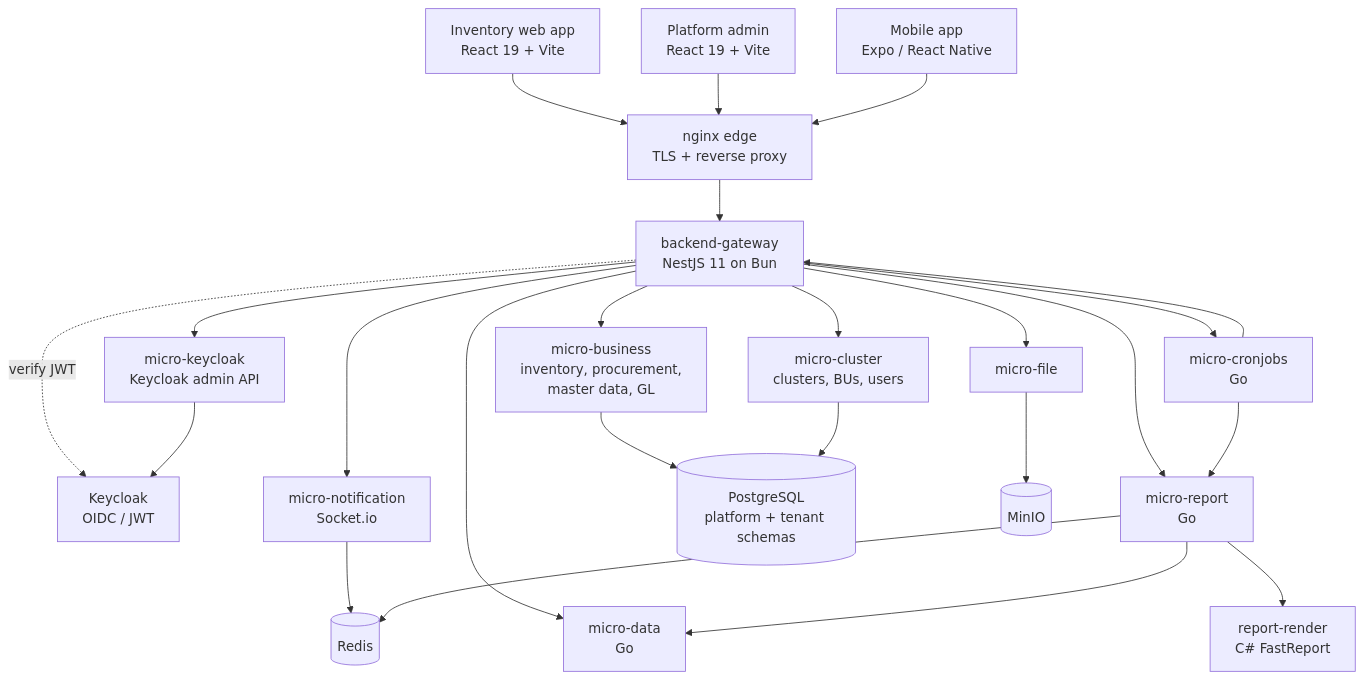
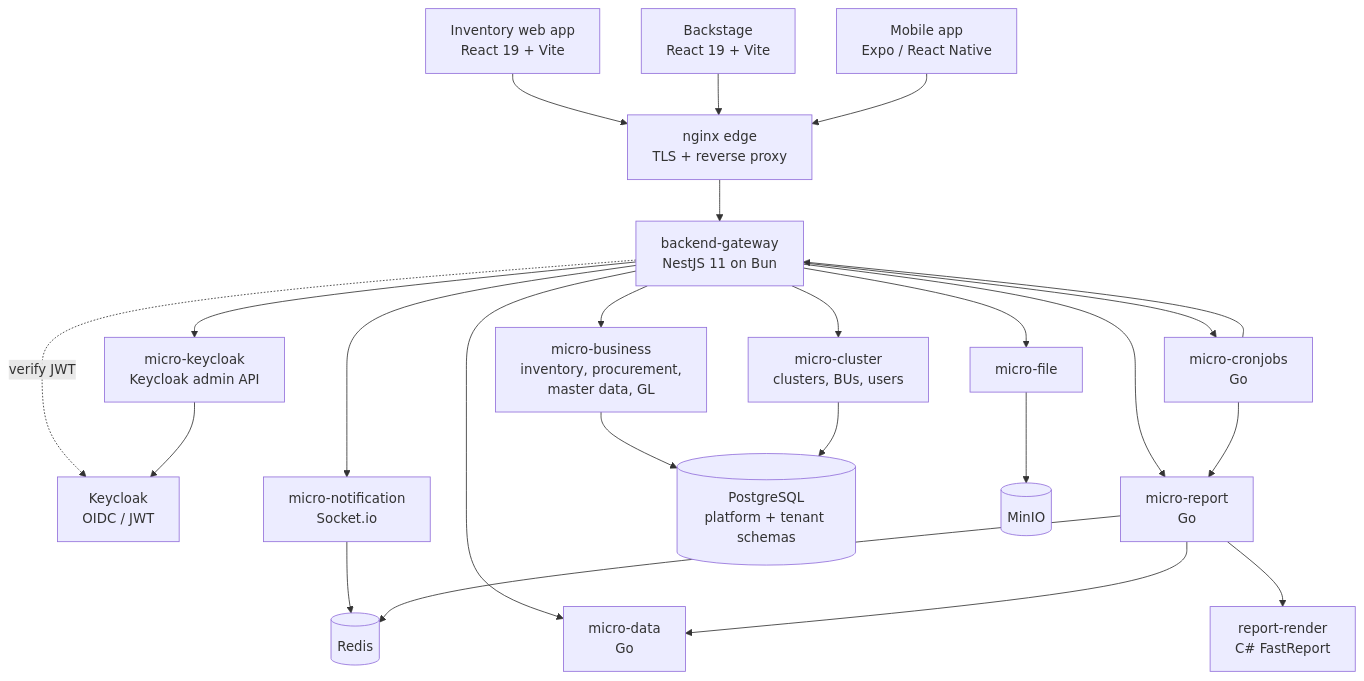
The first of 4 diagrams in en/overview.md (CarmenSoftware-organization/carmen-wiki), drawn with Mermaid before and after one commit. The commit also changed other lines of this file and 421 other files, not shown here.

First line of the commit message:
docs: rename the Platform book to Backstage (paths, links, tags, nav, landing pages; EN+TH)

````diff
--- a/en/overview.md
+++ b/en/overview.md
@@ -105,45 +105,45 @@
 ```mermaid
 graph TD
     SPA[Inventory web app<br/>React 19 + Vite]
-    ADMIN[Platform admin<br/>React 19 + Vite]
+    ADMIN[Backstage<br/>React 19 + Vite]
     MOB[Mobile app<br/>Expo / React Native]
     NGINX[nginx edge<br/>TLS + reverse proxy]
     GW[backend-gateway<br/>NestJS 11 on Bun]
     KC[Keycloak<br/>OIDC / JWT]
     BIZ[micro-business<br/>inventory, procurement,<br/>master data, GL]
     CLU[micro-cluster<br/>clusters, BUs, users]
     FILE[micro-file]
     NOTI[micro-notification<br/>Socket.io]
     KCS[micro-keycloak<br/>Keycloak admin API]
     REP[micro-report<br/>Go]
     CRON[micro-cronjobs<br/>Go]
     DATA[micro-data<br/>Go]
     RND[report-render<br/>C# FastReport]
     PG[(PostgreSQL<br/>platform + tenant schemas)]
     REDIS[(Redis)]
     MINIO[(MinIO)]
 
     SPA --> NGINX
     ADMIN --> NGINX
     MOB --> NGINX
     NGINX --> GW
     GW -. verify JWT .-> KC
     GW --> BIZ
     GW --> CLU
     GW --> FILE
     GW --> NOTI
     GW --> KCS
     GW --> REP
     GW --> CRON
     GW --> DATA
     REP --> DATA
     REP --> RND
     CRON --> REP
     CRON --> GW
     BIZ --> PG
     CLU --> PG
     FILE --> MINIO
     NOTI --> REDIS
     REP --> REDIS
     KCS --> KC
 ```
````
